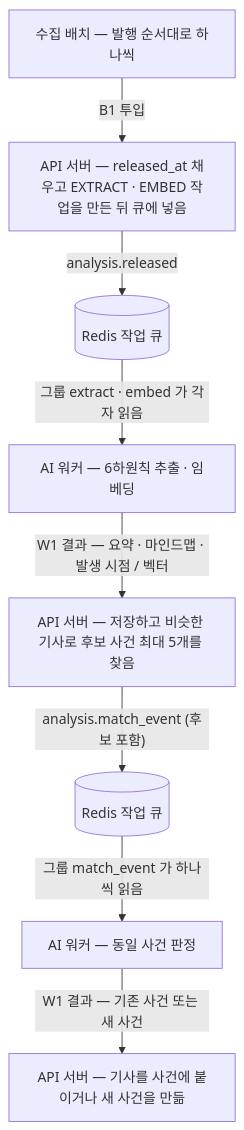
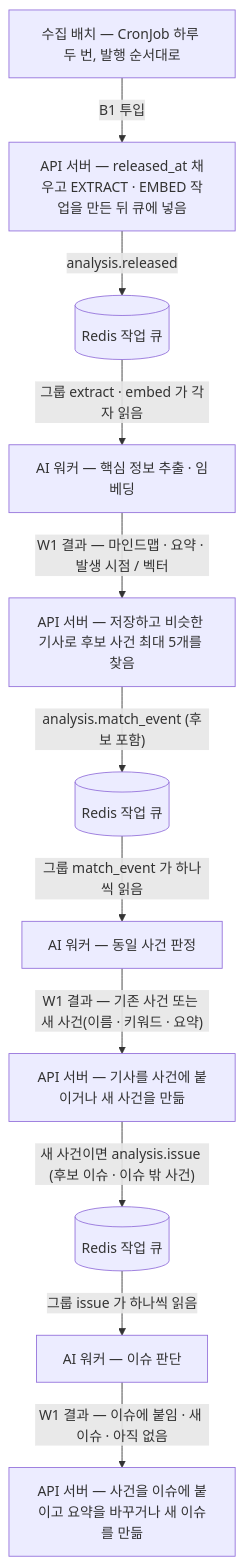
Before and after one commit to a102-NEWLEARN/NEW-LEARN: the first of 3 diagrams in docs/api-internal.md, drawn with Mermaid. The commit also changed other lines of this file and 2 other files, not shown here.

First line of the commit message:
docs(common): API 명세 v1 — URL 분석 삭제, 회원 · 용어사전 · ISSUE 단계 · 가지 4개

````diff
--- a/docs/api-internal.md
+++ b/docs/api-internal.md
@@ -15,10 +17,13 @@
 ```mermaid
 flowchart TD
-  B["수집 배치 — 발행 순서대로 하나씩"] -->|"B1 투입"| A1["API 서버 — released_at 채우고 EXTRACT · EMBED 작업을 만든 뒤 큐에 넣음"]
+  B["수집 배치 — CronJob 하루 두 번, 발행 순서대로"] -->|"B1 투입"| A1["API 서버 — released_at 채우고 EXTRACT · EMBED 작업을 만든 뒤 큐에 넣음"]
   A1 -->|"analysis.released"| Q1[("Redis 작업 큐")]
-  Q1 -->|"그룹 extract · embed 가 각자 읽음"| W1["AI 워커 — 6하원칙 추출 · 임베딩"]
-  W1 -->|"W1 결과 — 요약 · 마인드맵 · 발생 시점 / 벡터"| A2["API 서버 — 저장하고 비슷한 기사로 후보 사건 최대 5개를 찾음"]
+  Q1 -->|"그룹 extract · embed 가 각자 읽음"| W1["AI 워커 — 핵심 정보 추출 · 임베딩"]
+  W1 -->|"W1 결과 — 마인드맵 · 요약 · 발생 시점 / 벡터"| A2["API 서버 — 저장하고 비슷한 기사로 후보 사건 최대 5개를 찾음"]
   A2 -->|"analysis.match_event (후보 포함)"| Q2[("Redis 작업 큐")]
   Q2 -->|"그룹 match_event 가 하나씩 읽음"| W2["AI 워커 — 동일 사건 판정"]
-  W2 -->|"W1 결과 — 기존 사건 또는 새 사건"| A3["API 서버 — 기사를 사건에 붙이거나 새 사건을 만듦"]
+  W2 -->|"W1 결과 — 기존 사건 또는 새 사건(이름 · 키워드 · 요약)"| A3["API 서버 — 기사를 사건에 붙이거나 새 사건을 만듦"]
+  A3 -->|"새 사건이면 analysis.issue (후보 이슈 · 이슈 밖 사건)"| Q3[("Redis 작업 큐")]
+  Q3 -->|"그룹 issue 가 하나씩 읽음"| W3["AI 워커 — 이슈 판단"]
+  W3 -->|"W1 결과 — 이슈에 붙임 · 새 이슈 · 아직 없음"| A4["API 서버 — 사건을 이슈에 붙이고 요약을 바꾸거나 새 이슈를 만듦"]
 ```
````
